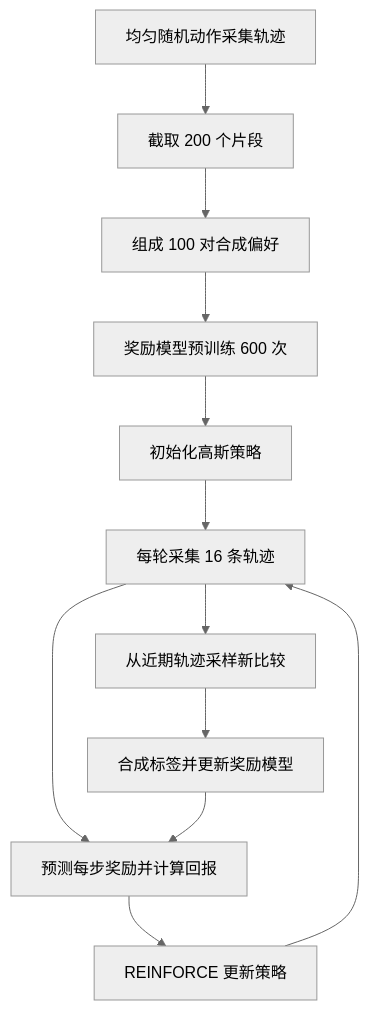
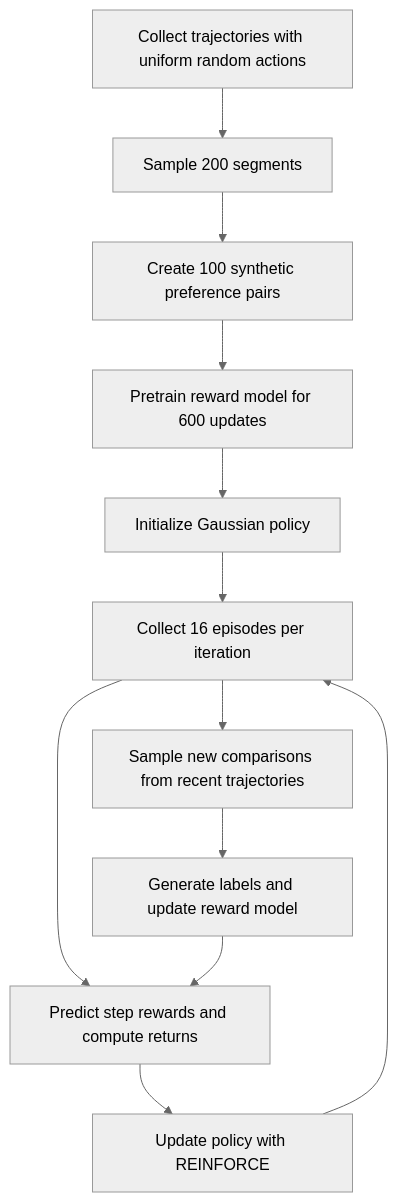
One commit to InfronAI/mini-rl-teacher changed the diagram in README.md. Above: the diagram before and after it, drawn with Mermaid (neutral theme). The commit also changed other lines of this file and 1 other file, not shown here.

````diff
--- a/README.md
+++ b/README.md
@@ -66,14 +68,14 @@
 ```mermaid
 flowchart TD
-    A[均匀随机动作采集轨迹] --> B[截取 200 个片段]
-    B --> C[组成 100 对合成偏好]
-    C --> D[奖励模型预训练 600 次]
-    D --> E[初始化高斯策略]
-    E --> F[每轮采集 16 条轨迹]
-    F --> G[预测每步奖励并计算回报]
-    G --> H[REINFORCE 更新策略]
+    A[Collect trajectories with uniform random actions] --> B[Sample 200 segments]
+    B --> C[Create 100 synthetic preference pairs]
+    C --> D[Pretrain reward model for 600 updates]
+    D --> E[Initialize Gaussian policy]
+    E --> F[Collect 16 episodes per iteration]
+    F --> G[Predict step rewards and compute returns]
+    G --> H[Update policy with REINFORCE]
     H --> F
-    F --> I[从近期轨迹采样新比较]
-    I --> J[合成标签并更新奖励模型]
+    F --> I[Sample new comparisons from recent trajectories]
+    I --> J[Generate labels and update reward model]
     J --> G
 ```
````
